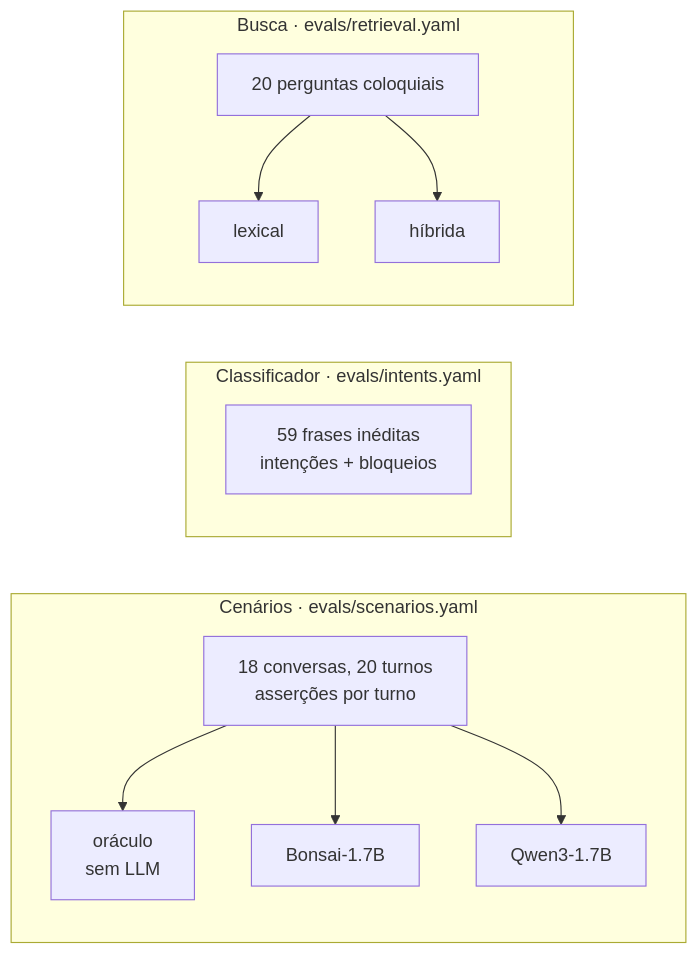
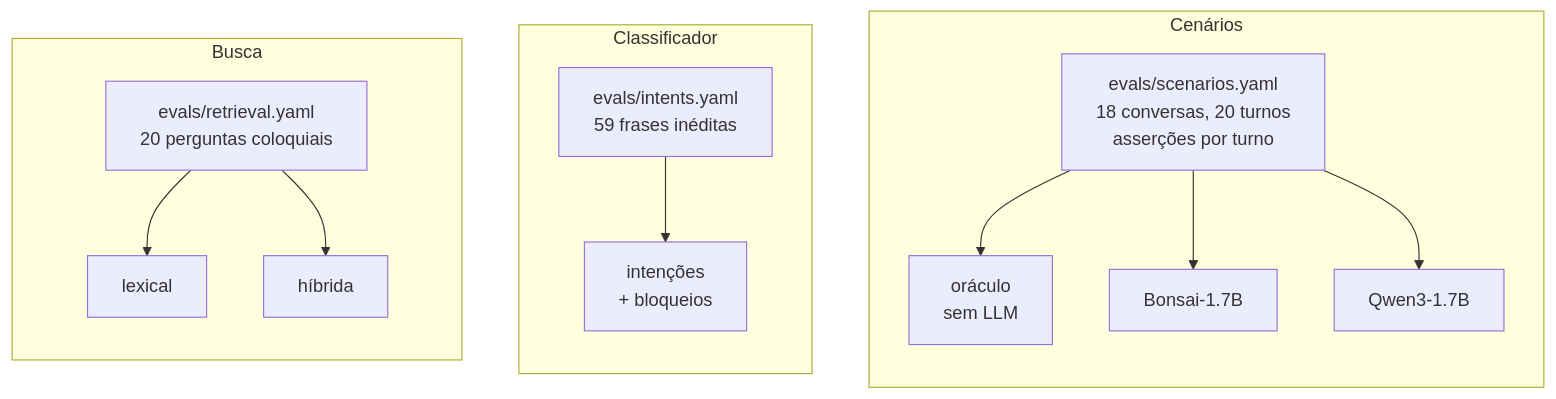
One commit to RonildoSilva/ai-engineer-challenge changed diagram 19 of 23 in README.md. Above: the diagram before and after it, drawn with Mermaid. The commit also changed 3 other files, not shown here.

Commit message:
docs: diagrama da avaliação sem sobreposição e texto justificado no PDF

````diff
--- a/README.md
+++ b/README.md
@@ -837,15 +837,18 @@
 ```mermaid
-flowchart LR
-    subgraph E1[Cenários · evals/scenarios.yaml]
-        S[18 conversas, 20 turnos<br/>asserções por turno] --> O[oráculo<br/>sem LLM]
+flowchart TB
+    subgraph E1[Cenários]
+        direction TB
+        S[evals/scenarios.yaml<br/>18 conversas, 20 turnos<br/>asserções por turno] --> O[oráculo<br/>sem LLM]
         S --> B[Bonsai-1.7B]
         S --> Q[Qwen3-1.7B]
     end
-    subgraph E2[Classificador · evals/intents.yaml]
-        I[59 frases inéditas<br/>intenções + bloqueios]
+    subgraph E2[Classificador]
+        direction TB
+        I[evals/intents.yaml<br/>59 frases inéditas] --> IB[intenções<br/>+ bloqueios]
     end
-    subgraph E3[Busca · evals/retrieval.yaml]
-        R[20 perguntas coloquiais] --> LX[lexical]
+    subgraph E3[Busca]
+        direction TB
+        R[evals/retrieval.yaml<br/>20 perguntas coloquiais] --> LX[lexical]
         R --> HY[híbrida]
     end
 ```
````
